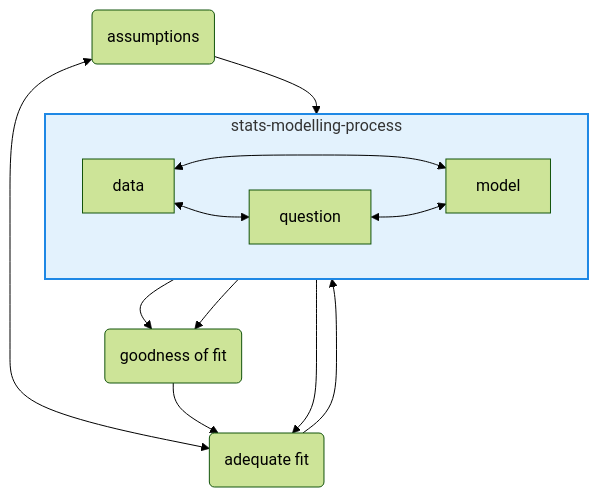
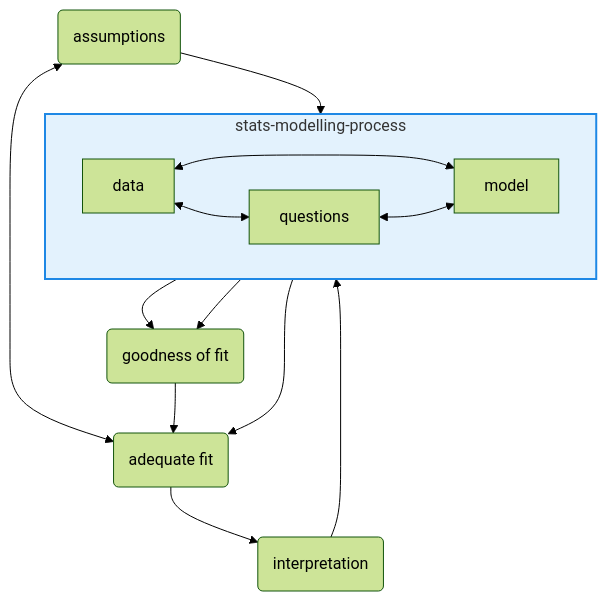
One commit to mstasinopoulos/GrossaryForDR changed the fifth of 15 diagrams in Glossary of distributional regression.qmd. Above: the diagram before and after it, drawn with Mermaid (forest theme). The commit also changed other lines of this file, not shown here.

````diff
--- a/Glossary of distributional regression.qmd
+++ b/Glossary of distributional regression.qmd
@@ -1480,23 +1555,24 @@
 ```{mermaid}
 %%| fig-width: 5
 %%| label: fig-model
-%%| fig-cap: "The modelling process: the data, the model and the question are inter-related. The model needs assumptions before the fit and an adequate fit help to answer the question."
+%%| fig-cap: "The modelling process: the data, the model and the questions are inter-related. The model needs assumptions before the fit and an adequate fit help to answer the questions."
 flowchart TB
   subgraph stats-modelling-process
    style stats-modelling-process fill:#e3f2fd,stroke:#1e88e5,stroke-width:2px
     direction LR
     D[data]
     M[model]
-    Q[question]
+    Q[questions]
   end
   A(assumptions) --> M
   D <--> M
   Q <--> M
   M --> F(adequate fit)
   D <--> Q
-  F --> Q
   A <--> F
   G(goodness of fit) --> F
   M --> G
   D --> G
+  F --> I(interpretation)
+  I --> Q 
 ```
````
